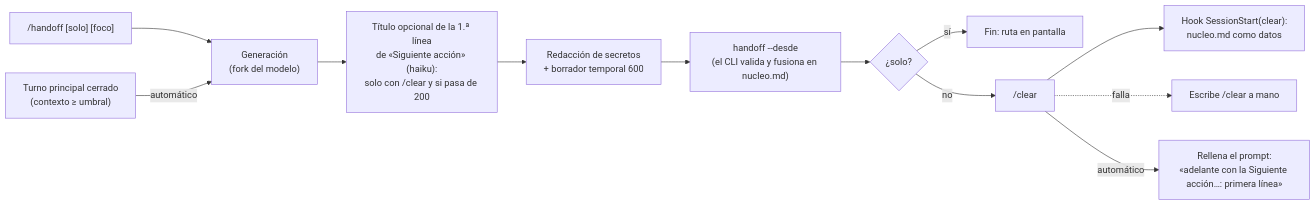
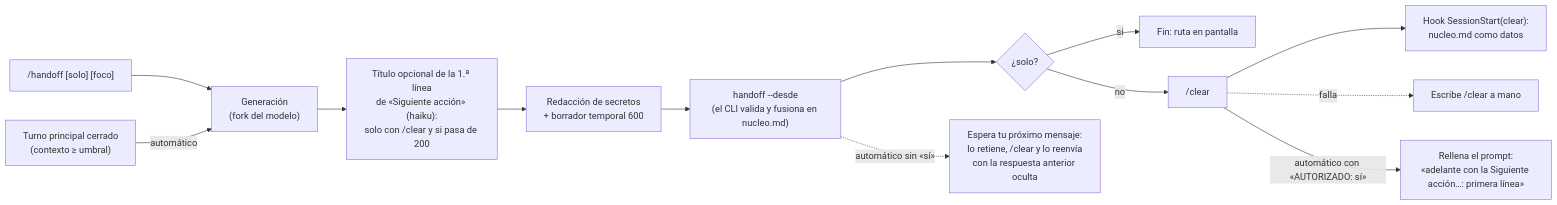
Before and after one commit to manuelcozar55/setup-claude-code: the diagram in kit/docs/11-cockpit.md, drawn with Mermaid. The commit also changed other lines of this file and 3 other files, not shown here.

````diff
--- a/kit/docs/11-cockpit.md
+++ b/kit/docs/11-cockpit.md
@@ -108,14 +109,15 @@
 ```mermaid
 flowchart LR
   A["/handoff [solo] [foco]"] --> B["Generación<br/>(fork del modelo)"]
   B --> B2["Título opcional de la 1.ª línea<br/>de «Siguiente acción» (haiku):<br/>solo con /clear y si pasa de 200"]
   B2 --> C["Redacción de secretos<br/>+ borrador temporal 600"]
   C --> D["handoff --desde<br/>(el CLI valida y fusiona en nucleo.md)"]
   D --> E{"¿solo?"}
   E -->|"sí"| F["Fin: ruta en pantalla"]
   E -->|"no"| G["/clear"]
   G --> H["Hook SessionStart(clear):<br/>nucleo.md como datos"]
   G -.->|"falla"| I["Escribe /clear a mano"]
   T["Turno principal cerrado<br/>(contexto ≥ umbral)"] -->|"automático"| B
-  G -->|"automático"| P["Rellena el prompt:<br/>«adelante con la Siguiente acción…: primera línea»"]
+  G -->|"automático con «AUTORIZADO: sí»"| P["Rellena el prompt:<br/>«adelante con la Siguiente acción…: primera línea»"]
+  D -.->|"automático sin «sí»"| W["Espera tu próximo mensaje:<br/>lo retiene, /clear y lo reenvía<br/>con la respuesta anterior oculta"]
 ```
````
